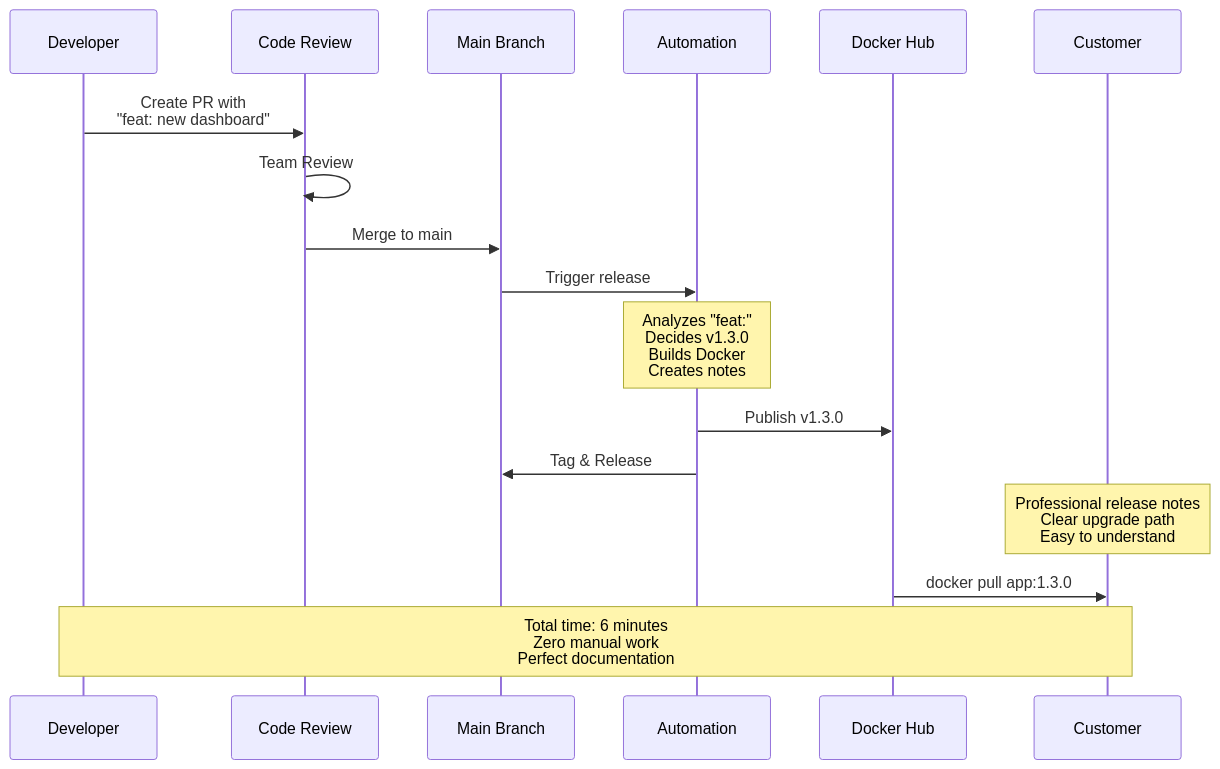
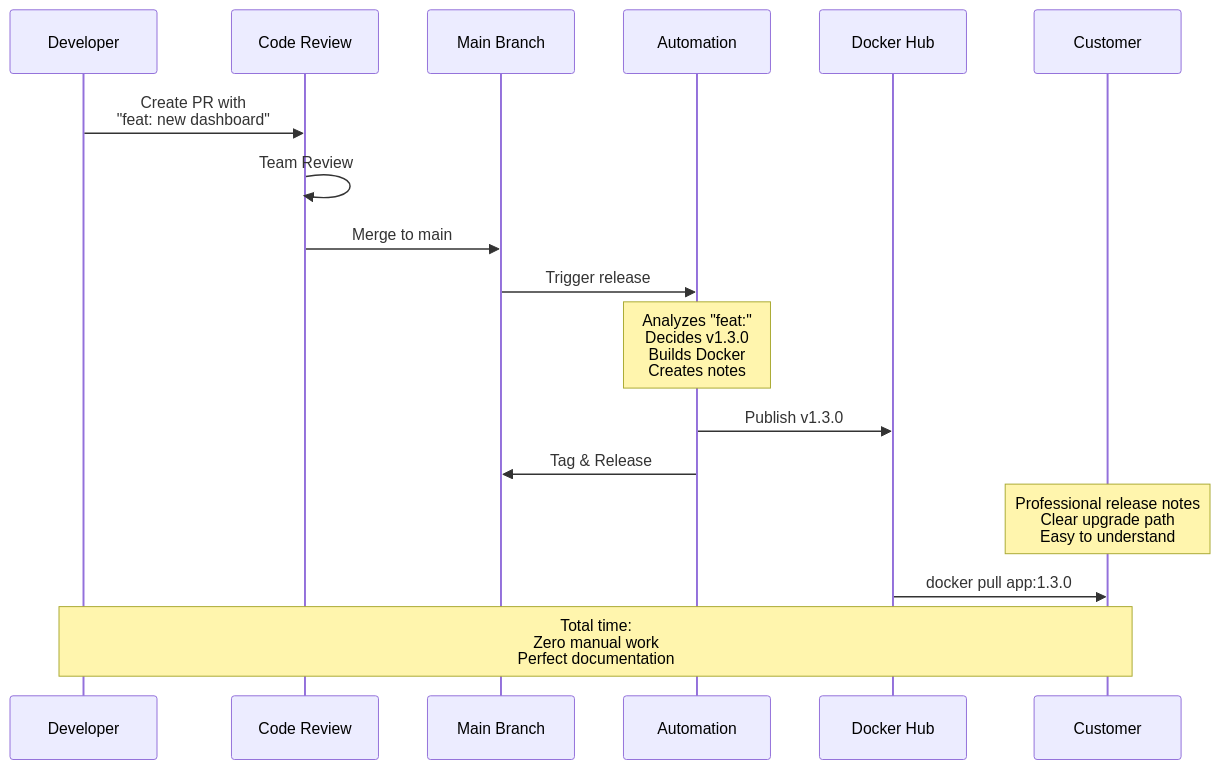
One commit to jyothiram-fixplianceai/Doc-SemVer changed the fourth of 5 diagrams in README.md. Above: the diagram before and after it, drawn with Mermaid. The commit also changed other lines of this file, not shown here.

````diff
--- a/README.md
+++ b/README.md
@@ -552,26 +116,26 @@
 ```mermaid
 sequenceDiagram
     participant Dev as Developer
     participant Code as Code Review
     participant Main as Main Branch
     participant Auto as Automation
     participant Docker as Docker Hub
     participant Cust as Customer
     
     Dev->>Code: Create PR with<br/>"feat: new dashboard"
     Code->>Code: Team Review
     Code->>Main: Merge to main
     
     Main->>Auto: Trigger release
     
     Note over Auto: Analyzes "feat:"<br/>Decides v1.3.0<br/>Builds Docker<br/>Creates notes
     
     Auto->>Docker: Publish v1.3.0
     Auto->>Main: Tag & Release
     
     Note over Cust: Professional release notes<br/>Clear upgrade path<br/>Easy to understand
     
     Docker->>Cust: docker pull app:1.3.0
     
-    Note over Dev,Cust: Total time: 6 minutes<br/>Zero manual work<br/>Perfect documentation
+    Note over Dev,Cust: Total time: <br/>Zero manual work<br/>Perfect documentation
 ```
````
